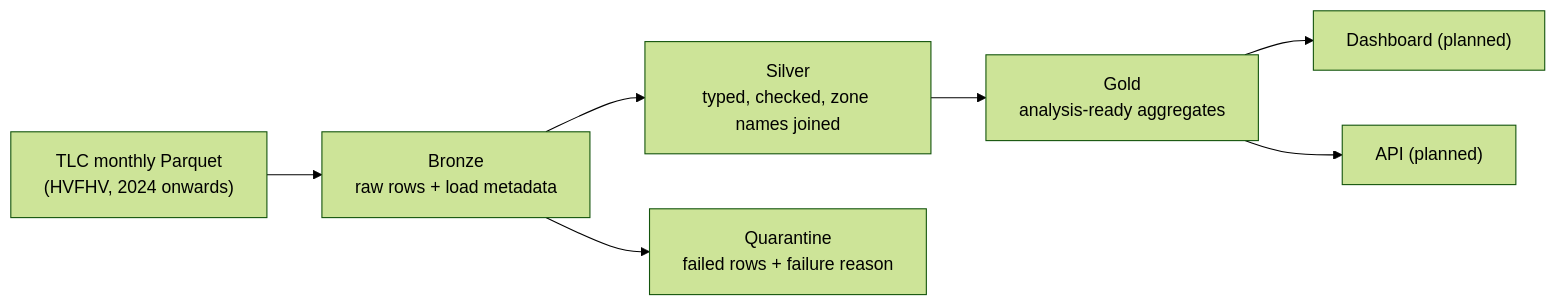
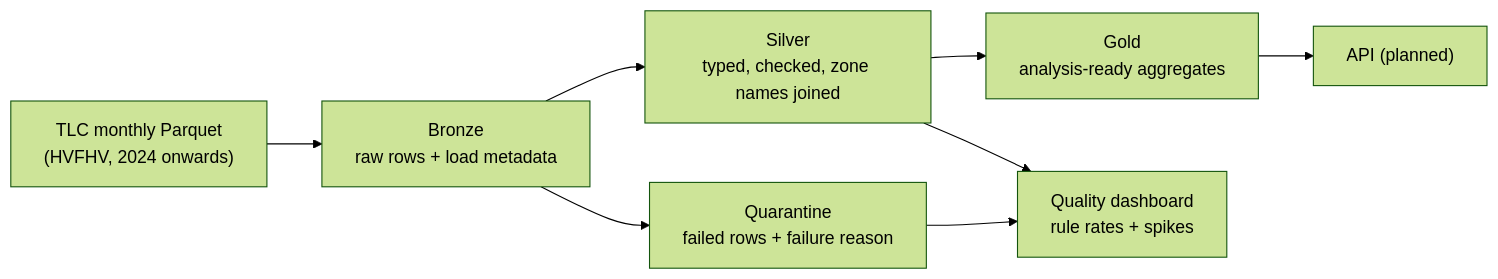
The diagram in README.md (NafiulSaputra/mobility-lakehouse), drawn with Mermaid (forest theme) before and after one commit. The commit also changed other lines of this file and 7 other files, not shown here.

Commit message:
docs: show the data quality dashboard and its findings in the README

````diff
--- a/README.md
+++ b/README.md
@@ -31,9 +32,10 @@
 ```mermaid
 flowchart LR
     SRC["TLC monthly Parquet<br/>(HVFHV, 2024 onwards)"] --> B["Bronze<br/>raw rows + load metadata"]
     B --> S["Silver<br/>typed, checked, zone names joined"]
     B --> Q["Quarantine<br/>failed rows + failure reason"]
     S --> G["Gold<br/>analysis-ready aggregates"]
-    G --> D["Dashboard (planned)"]
+    Q --> D["Quality dashboard<br/>rule rates + spikes"]
+    S --> D
     G --> A["API (planned)"]
 ```
````
